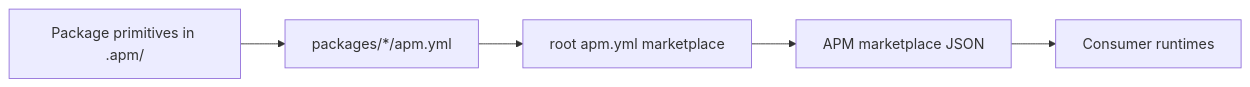
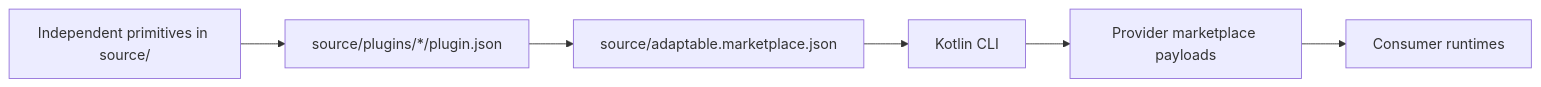
The diagram in docs/index.md (amichne/intelligence), drawn with Mermaid before and after one commit. The commit also changed other lines of this file and 210 other files, not shown here.

````diff
--- a/docs/index.md
+++ b/docs/index.md
@@ -7,10 +8,11 @@
 ```mermaid
 flowchart LR
-  primitive[Package primitives in .apm/]
-  package[packages/*/apm.yml]
-  marketplace[root apm.yml marketplace]
-  output[APM marketplace JSON]
+  primitive[Independent primitives in source/]
+  plugin[source/plugins/*/plugin.json]
+  marketplace[source/adaptable.marketplace.json]
+  cli[Kotlin CLI]
+  output[Provider marketplace payloads]
   runtime[Consumer runtimes]
 
-  primitive --> package --> marketplace --> output --> runtime
+  primitive --> plugin --> marketplace --> cli --> output --> runtime
 ```
````
